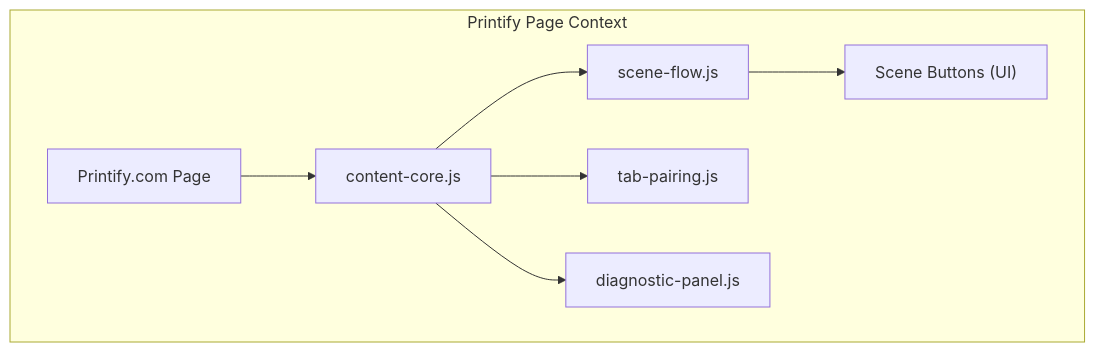
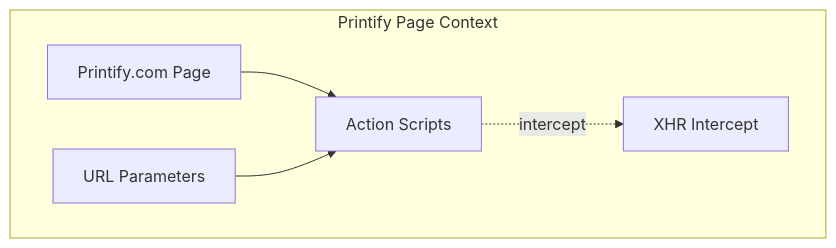
The eighth of 9 diagrams in guidelines/sip-printify-manager-extension-guidelines-v2.md (tdemelle-SiP/.claude), drawn with Mermaid before and after one commit. The commit also changed other lines of this file, not shown here.

````diff
--- a/guidelines/sip-printify-manager-extension-guidelines-v2.md
+++ b/guidelines/sip-printify-manager-extension-guidelines-v2.md
@@ -428,17 +442,13 @@
 ```mermaid
 graph TD
   subgraph "Printify Page Context"
     PPage["Printify.com Page"]
-    SceneBtns["Scene Buttons (UI)"]
-    CS[content-core.js]
-    SceneFlow[scene-flow.js]
-    PairPrint[tab-pairing.js]
-    Diag[diagnostic-panel.js]
+    Actions[Action Scripts]
+    URLParams[URL Parameters]
+    XHR[XHR Intercept]
   end
 
-  PPage --> CS
-  CS --> SceneFlow
-  SceneFlow --> SceneBtns
-  CS --> PairPrint
-  CS --> Diag
+  PPage --> Actions
+  URLParams --> Actions
+  Actions -. intercept .-> XHR
 ```
````
